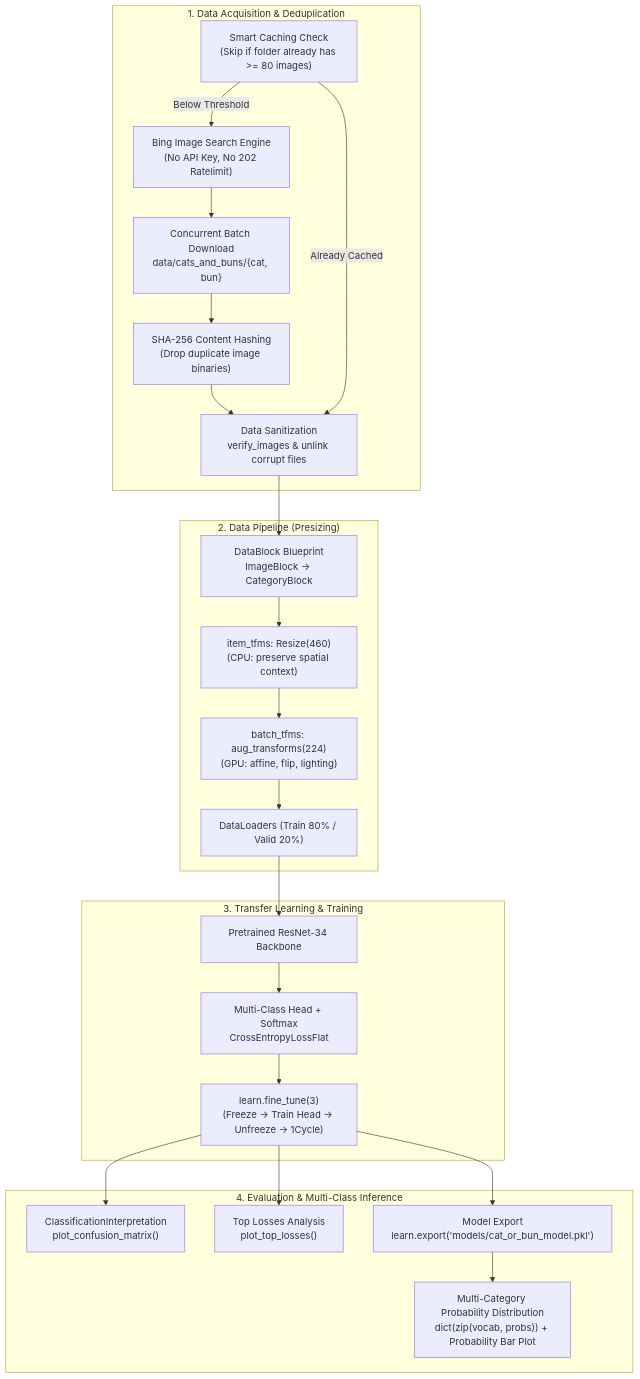
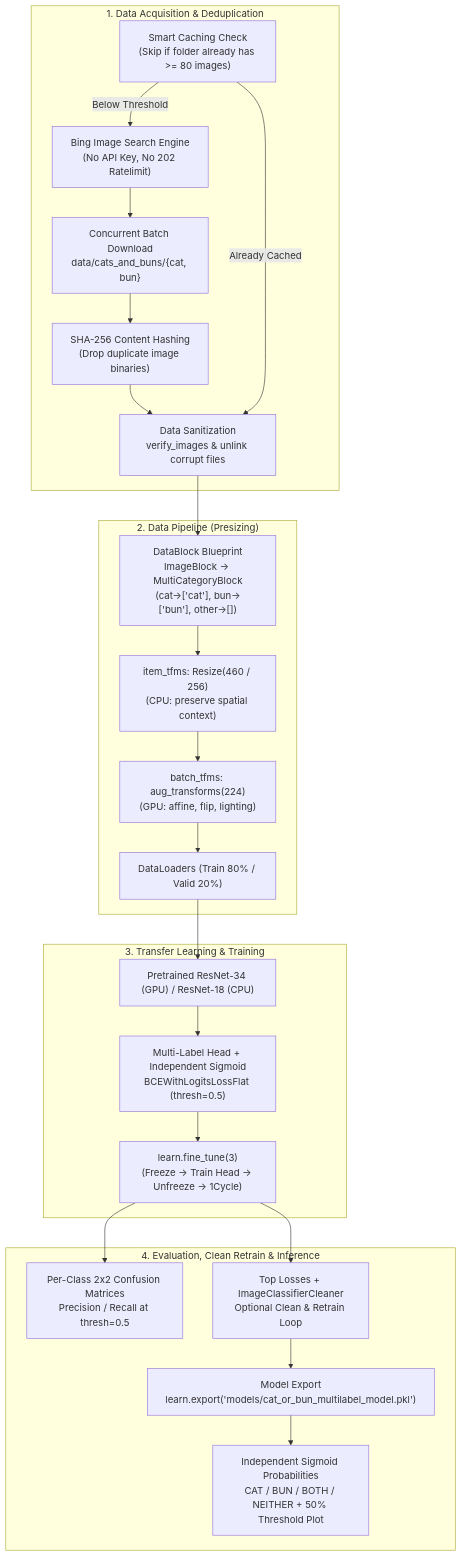
The diagram in DESIGN.md (postelzhuktetyana/katzen-oder-broetchen), drawn with Mermaid before and after one commit. The commit also changed other lines of this file and 5 other files, not shown here.

Commit message:
Use MultiLabel category. Add project AGENTS.md rules.

````diff
--- a/DESIGN.md
+++ b/DESIGN.md
@@ -22,30 +22,30 @@
 ```mermaid
 flowchart TD
     subgraph Data_Acquisition ["1. Data Acquisition & Deduplication"]
         A["Smart Caching Check<br/>(Skip if folder already has >= 80 images)"] -->|Below Threshold| B["Bing Image Search Engine<br/>(No API Key, No 202 Ratelimit)"]
         B --> C["Concurrent Batch Download<br/>data/cats_and_buns/{cat, bun}"]
         C --> D["SHA-256 Content Hashing<br/>(Drop duplicate image binaries)"]
         D --> E["Data Sanitization<br/>verify_images & unlink corrupt files"]
         A -->|Already Cached| E
     end
 
     subgraph Data_Pipeline ["2. Data Pipeline (Presizing)"]
-        E --> F["DataBlock Blueprint<br/>ImageBlock -> CategoryBlock"]
-        F --> G["item_tfms: Resize(460)<br/>(CPU: preserve spatial context)"]
+        E --> F["DataBlock Blueprint<br/>ImageBlock -> MultiCategoryBlock<br/>(cat->['cat'], bun->['bun'], other->[])"]
+        F --> G["item_tfms: Resize(460 / 256)<br/>(CPU: preserve spatial context)"]
         G --> H["batch_tfms: aug_transforms(224)<br/>(GPU: affine, flip, lighting)"]
         H --> I["DataLoaders (Train 80% / Valid 20%)"]
     end
 
     subgraph Modeling ["3. Transfer Learning & Training"]
-        I --> J["Pretrained ResNet-34 Backbone"]
-        J --> K["Multi-Class Head + Softmax<br/>CrossEntropyLossFlat"]
+        I --> J["Pretrained ResNet-34 (GPU) / ResNet-18 (CPU)"]
+        J --> K["Multi-Label Head + Independent Sigmoid<br/>BCEWithLogitsLossFlat (thresh=0.5)"]
         K --> L["learn.fine_tune(3)<br/>(Freeze -> Train Head -> Unfreeze -> 1Cycle)"]
     end
 
-    subgraph Diagnostics_Export ["4. Evaluation & Multi-Class Inference"]
-        L --> M["ClassificationInterpretation<br/>plot_confusion_matrix()"]
-        L --> N["Top Losses Analysis<br/>plot_top_losses()"]
-        L --> O["Model Export<br/>learn.export('models/cat_or_bun_model.pkl')"]
-        O --> P["Multi-Category Probability Distribution<br/>dict(zip(vocab, probs)) + Probability Bar Plot"]
+    subgraph Diagnostics_Export ["4. Evaluation, Clean Retrain & Inference"]
+        L --> M["Per-Class 2x2 Confusion Matrices<br/>Precision / Recall at thresh=0.5"]
+        L --> N["Top Losses + ImageClassifierCleaner<br/>Optional Clean & Retrain Loop"]
+        N --> O["Model Export<br/>learn.export('models/cat_or_bun_multilabel_model.pkl')"]
+        O --> P["Independent Sigmoid Probabilities<br/>CAT / BUN / BOTH / NEITHER + 50% Threshold Plot"]
     end
 ```
````
